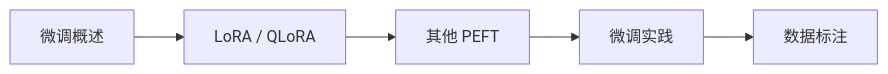
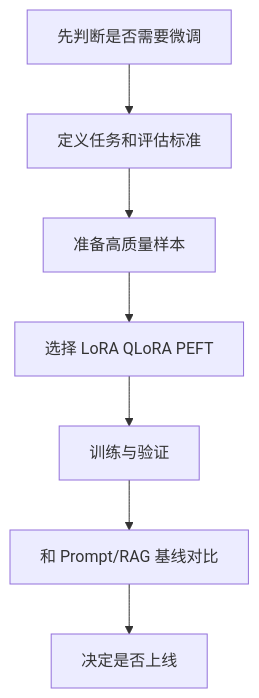
Before and after one commit to oudbiao/AI-fullstack-course: the second of 3 diagrams in docs/stage8a/ch06-finetuning/00-roadmap.md, drawn with Mermaid. The commit also changed other lines of this file and 95 other files, not shown here.

````diff
--- a/docs/stage8a/ch06-finetuning/00-roadmap.md
+++ b/docs/stage8a/ch06-finetuning/00-roadmap.md
@@ -16,7 +38,9 @@
 ```mermaid
-flowchart LR
-    A["微调概述"] --> B["LoRA / QLoRA"]
-    B --> C["其他 PEFT"]
-    C --> D["微调实践"]
-    D --> E["数据标注"]
+flowchart TD
+  A[先判断是否需要微调] --> B[定义任务和评估标准]
+  B --> C[准备高质量样本]
+  C --> D[选择 LoRA QLoRA PEFT]
+  D --> E[训练与验证]
+  E --> F[和 Prompt/RAG 基线对比]
+  F --> G[决定是否上线]
 ```
````
